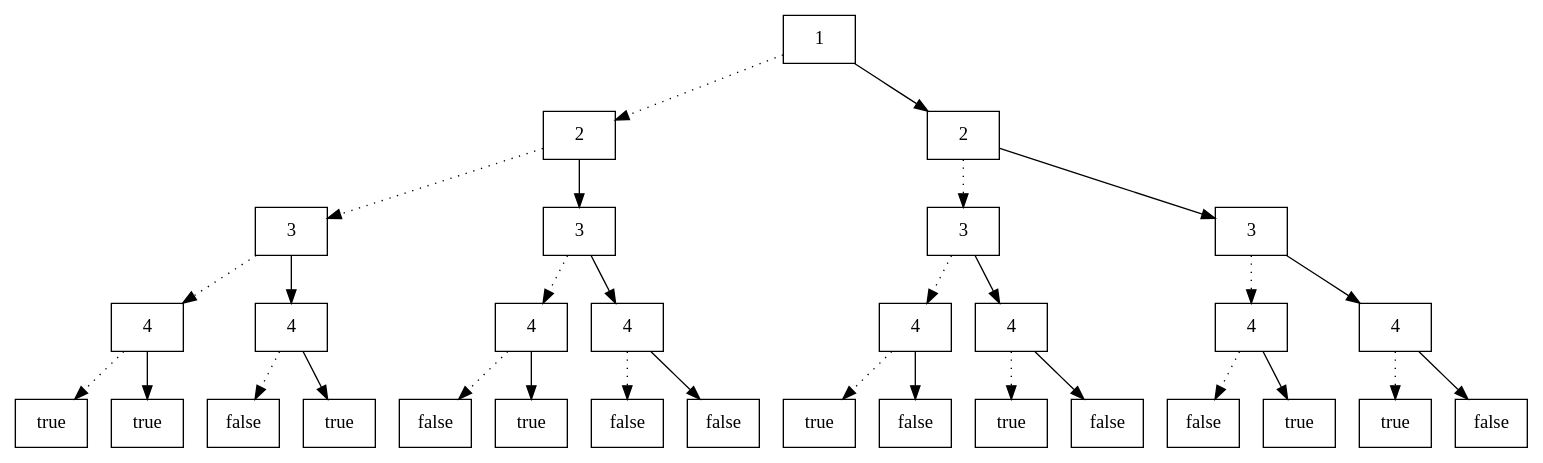
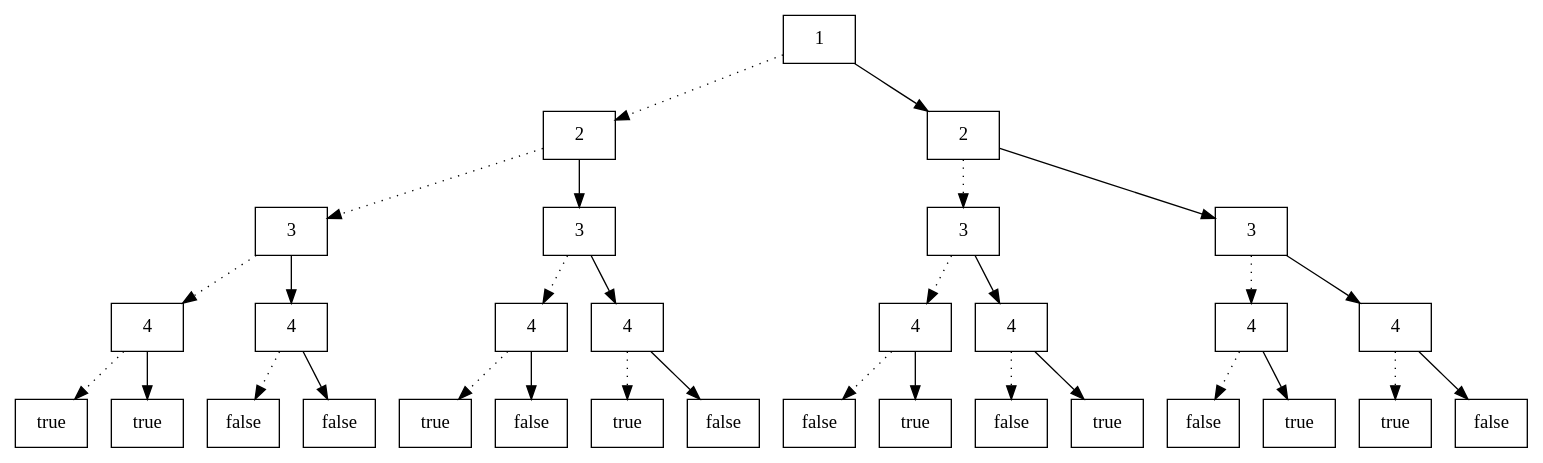
One commit to Freecs11/ouv_project changed the diagram in testsimple.dot. Above: the diagram before and after it, drawn with Graphviz. The commit also changed 6 other files, not shown here.

```diff
--- a/testsimple.dot
+++ b/testsimple.dot
@@ -1,63 +1,63 @@
 digraph G {
 0 [label="1" shape="cercle"];
 1 [label="2" shape="cercle"];
 2 [label="3" shape="cercle"];
 3 [label="4" shape="cercle"];
 4 [label="true" shape="cercle"];
 5 [label="true" shape="cercle"];
 3 -> 4 [style=dotted];
 3 -> 5;
 6 [label="4" shape="cercle"];
 7 [label="false" shape="cercle"];
-8 [label="true" shape="cercle"];
+8 [label="false" shape="cercle"];
 6 -> 7 [style=dotted];
 6 -> 8;
 2 -> 3 [style=dotted];
 2 -> 6;
 9 [label="3" shape="cercle"];
 10 [label="4" shape="cercle"];
-11 [label="false" shape="cercle"];
-12 [label="true" shape="cercle"];
+11 [label="true" shape="cercle"];
+12 [label="false" shape="cercle"];
 10 -> 11 [style=dotted];
 10 -> 12;
 13 [label="4" shape="cercle"];
-14 [label="false" shape="cercle"];
+14 [label="true" shape="cercle"];
 15 [label="false" shape="cercle"];
 13 -> 14 [style=dotted];
 13 -> 15;
 9 -> 10 [style=dotted];
 9 -> 13;
 1 -> 2 [style=dotted];
 1 -> 9;
 16 [label="2" shape="cercle"];
 17 [label="3" shape="cercle"];
 18 [label="4" shape="cercle"];
-19 [label="true" shape="cercle"];
-20 [label="false" shape="cercle"];
+19 [label="false" shape="cercle"];
+20 [label="true" shape="cercle"];
 18 -> 19 [style=dotted];
 18 -> 20;
 21 [label="4" shape="cercle"];
-22 [label="true" shape="cercle"];
-23 [label="false" shape="cercle"];
+22 [label="false" shape="cercle"];
+23 [label="true" shape="cercle"];
 21 -> 22 [style=dotted];
 21 -> 23;
 17 -> 18 [style=dotted];
 17 -> 21;
 24 [label="3" shape="cercle"];
 25 [label="4" shape="cercle"];
 26 [label="false" shape="cercle"];
 27 [label="true" shape="cercle"];
 25 -> 26 [style=dotted];
 25 -> 27;
 28 [label="4" shape="cercle"];
 29 [label="true" shape="cercle"];
 30 [label="false" shape="cercle"];
 28 -> 29 [style=dotted];
 28 -> 30;
 24 -> 25 [style=dotted];
 24 -> 28;
 16 -> 17 [style=dotted];
 16 -> 24;
 0 -> 1 [style=dotted];
 0 -> 16;
 }
```
